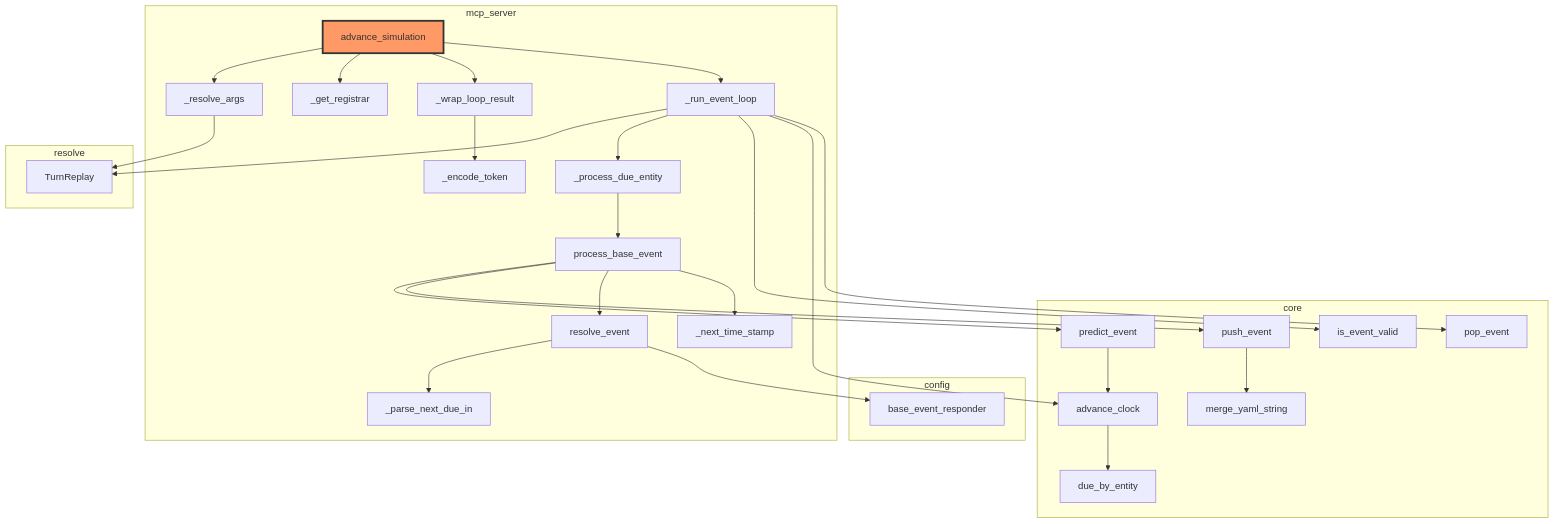
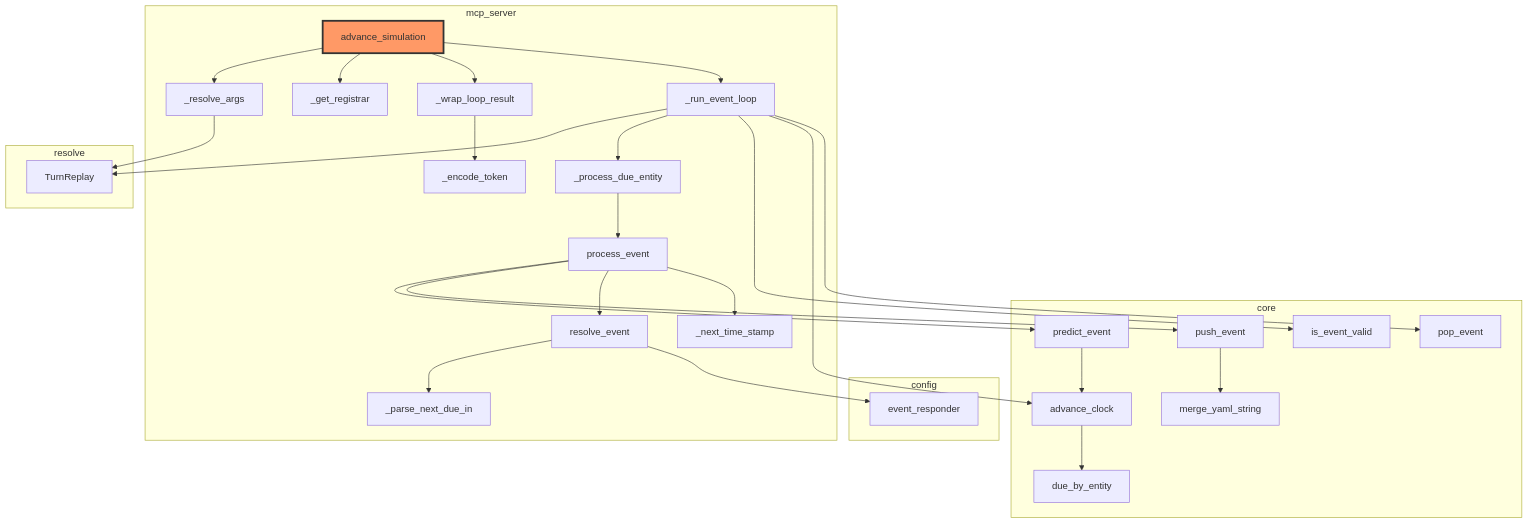
The first of 2 diagrams in docs/architecture/advance_simulation.md (zhafen/story-simulator), drawn with Mermaid before and after one commit. The commit also changed other lines of this file and 7 other files, not shown here.

````diff
--- a/docs/architecture/advance_simulation.md
+++ b/docs/architecture/advance_simulation.md
@@ -46,54 +46,54 @@
 ```mermaid
 flowchart TD
     subgraph sg0["config"]
-        n19["base_event_responder"]
+        n19["event_responder"]
     end
     subgraph sg1["core"]
         n8["is_event_valid"]
         n9["advance_clock"]
         n10["pop_event"]
         n12["due_by_entity"]
         n13["predict_event"]
         n14["push_event"]
         n17["merge_yaml_string"]
     end
     subgraph sg2["mcp_server"]
         n0["advance_simulation"]
         n1["_resolve_args"]
         n2["_get_registrar"]
         n3["_wrap_loop_result"]
         n4["_run_event_loop"]
         n6["_encode_token"]
         n7["_process_due_entity"]
-        n11["process_base_event"]
+        n11["process_event"]
         n15["resolve_event"]
         n16["_next_time_stamp"]
         n18["_parse_next_due_in"]
     end
     subgraph sg3["resolve"]
         n5["TurnReplay"]
     end
     n0 --> n1
     n0 --> n2
     n0 --> n3
     n0 --> n4
     n1 --> n5
     n3 --> n6
     n4 --> n5
     n4 --> n7
     n4 --> n8
     n4 --> n9
     n4 --> n10
     n7 --> n11
     n9 --> n12
     n11 --> n13
     n11 --> n14
     n11 --> n15
     n11 --> n16
     n13 --> n9
     n14 --> n17
     n15 --> n18
     n15 --> n19
     class n0 rootNode
     classDef rootNode fill:#f96,stroke:#333,stroke-width:3px
 ```
````
